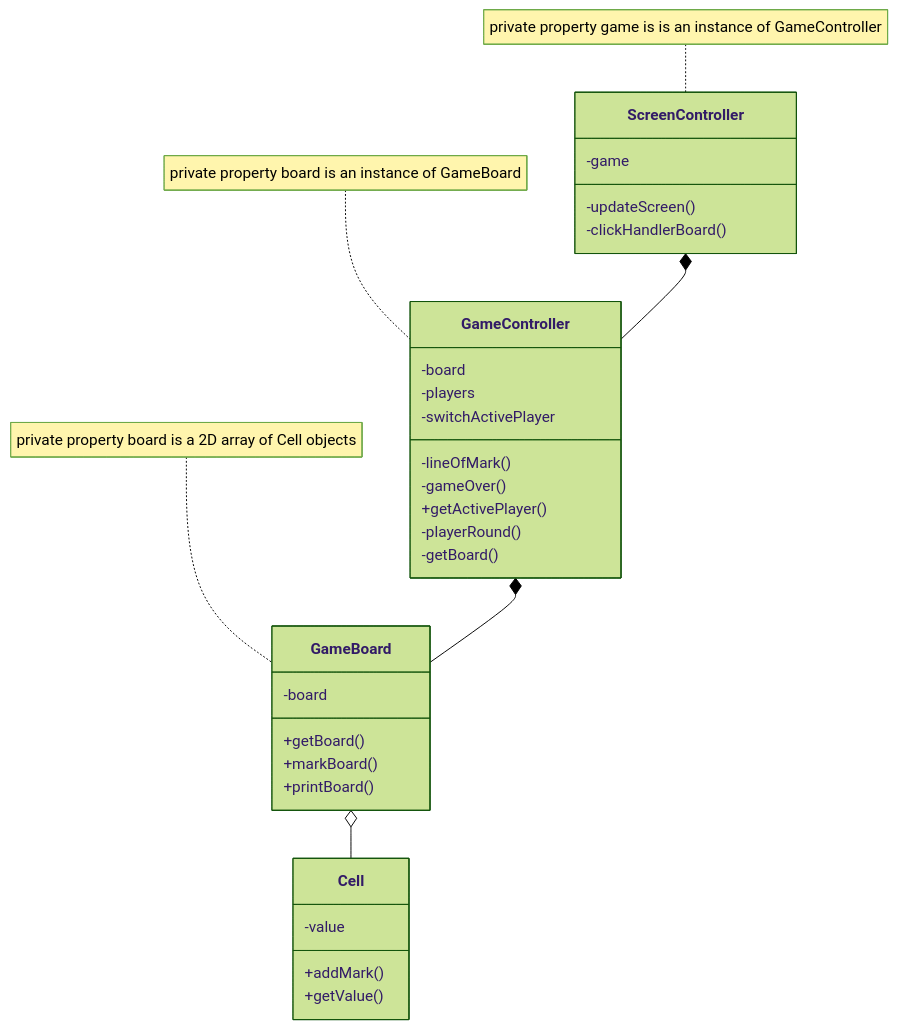
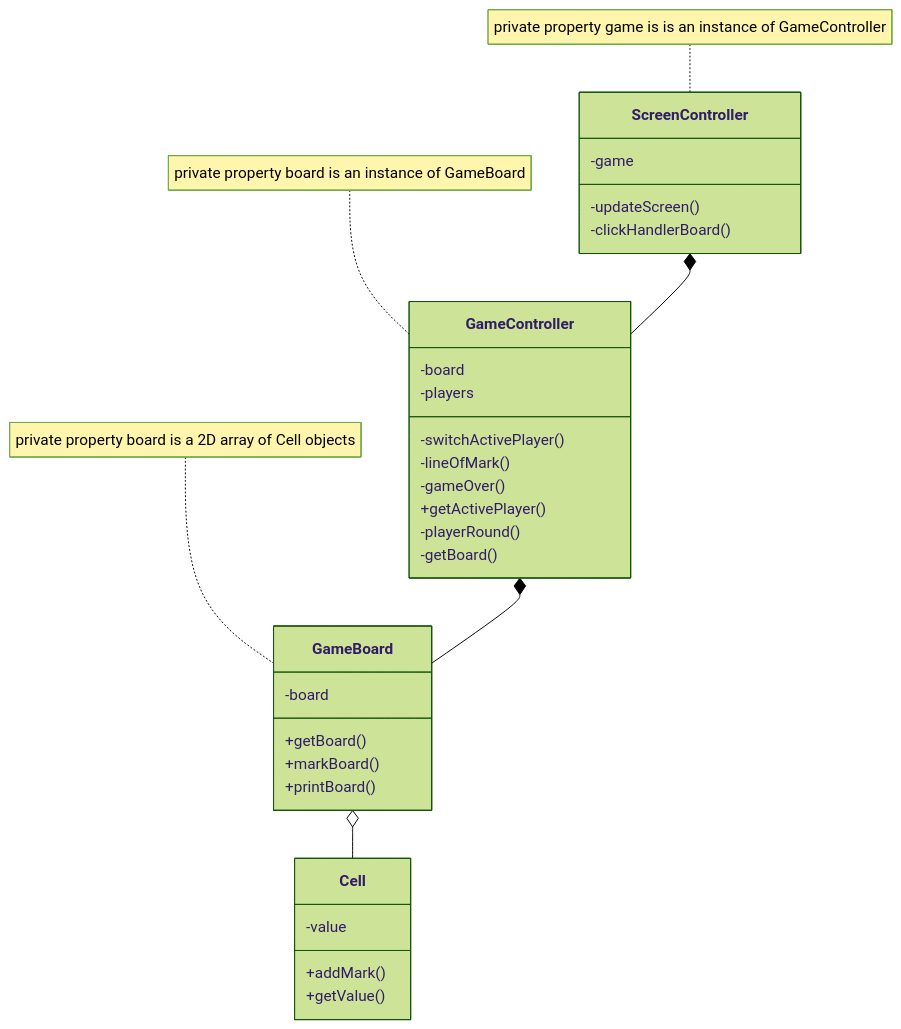
The diagram in README.md (f2xiao/odin-tic-tac-toe), drawn with Mermaid (forest theme) before and after one commit.

````diff
--- a/README.md
+++ b/README.md
@@ -6,35 +6,35 @@
 ```mermaid
 classDiagram
     GameBoard o-- Cell
     GameController *-- GameBoard
     ScreenController *-- GameController
     class Cell{
         -value
         +addMark()
         +getValue()
     }
     class GameBoard{
         -board
         +getBoard()
         +markBoard()
         +printBoard()
     }
     note for GameBoard "private property board is a 2D array of Cell objects"
     class GameController{
         -board
         -players
-        -switchActivePlayer
+        -switchActivePlayer()
         -lineOfMark()
         -gameOver()
         +getActivePlayer()
         -playerRound()
         -getBoard()
     }
     note for GameController "private property board is an instance of GameBoard"
     class ScreenController{
         -game
         -updateScreen()
         -clickHandlerBoard()
     }
     note for ScreenController "private property game is is an instance of GameController"
 ```
````
